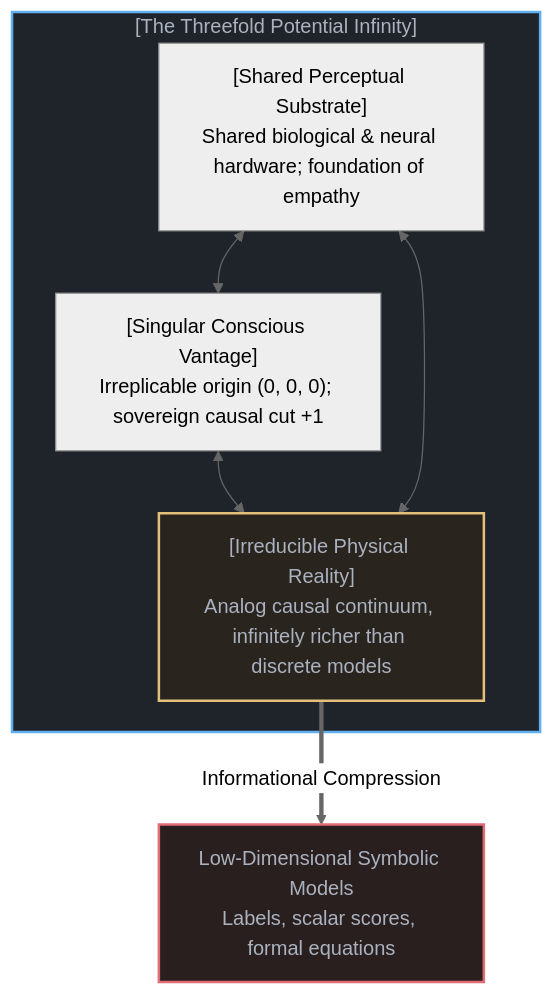
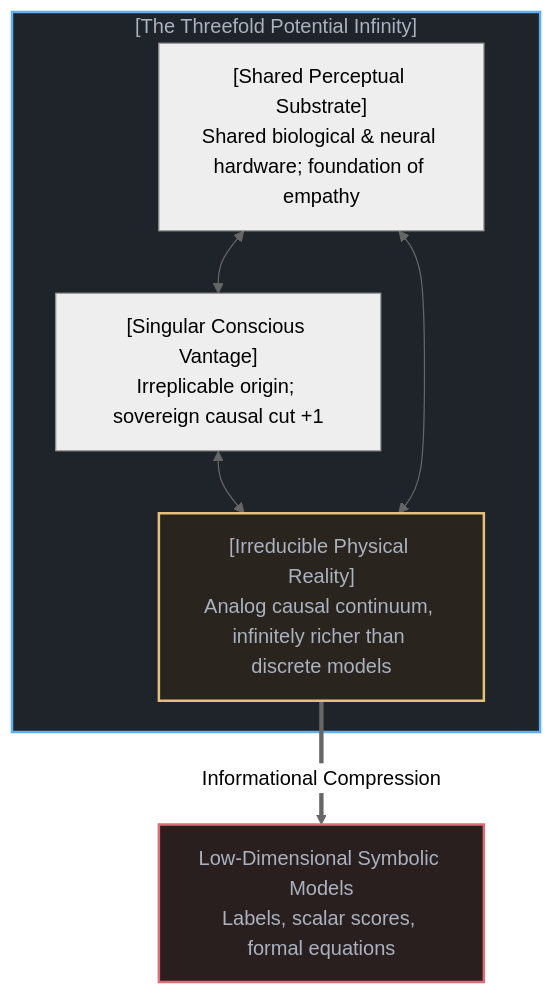
The second of 10 diagrams in content/posts/the-shadow-and-the-infinite.md (powerpig99/not-a-toe), drawn with Mermaid (neutral theme) before and after one commit. The commit also changed other lines of this file and 15 other files, not shown here.

````diff
--- a/content/posts/the-shadow-and-the-infinite.md
+++ b/content/posts/the-shadow-and-the-infinite.md
@@ -48,18 +48,18 @@
 ```mermaid
 graph TD
     subgraph ThreefoldInfinity["[The Threefold Potential Infinity]"]
         SubstrateFold["[Shared Perceptual Substrate]<br>Shared biological & neural hardware; foundation of empathy"]
-        PerspectiveFold["[Singular Conscious Vantage]<br>Irreplicable origin (0, 0, 0); sovereign causal cut +1"]
+        PerspectiveFold["[Singular Conscious Vantage]<br>Irreplicable origin; sovereign causal cut +1"]
         TerritoryFold["[Irreducible Physical Reality]<br>Analog causal continuum, infinitely richer than discrete models"]
 
         SubstrateFold <--> PerspectiveFold
         PerspectiveFold <--> TerritoryFold
         SubstrateFold <--> TerritoryFold
     end
 
     TerritoryFold ==>|"Informational Compression"| LowDModel["Low-Dimensional Symbolic Models<br>Labels, scalar scores, formal equations"]
 
     style ThreefoldInfinity fill:#1f242a,stroke:#61afef,stroke-width:2px,color:#abb2bf
     style TerritoryFold fill:#2a241f,stroke:#e5c07b,stroke-width:2px,color:#abb2bf
     style LowDModel fill:#2a1f1f,stroke:#e06c75,stroke-width:2px,color:#abb2bf
 ```
````
